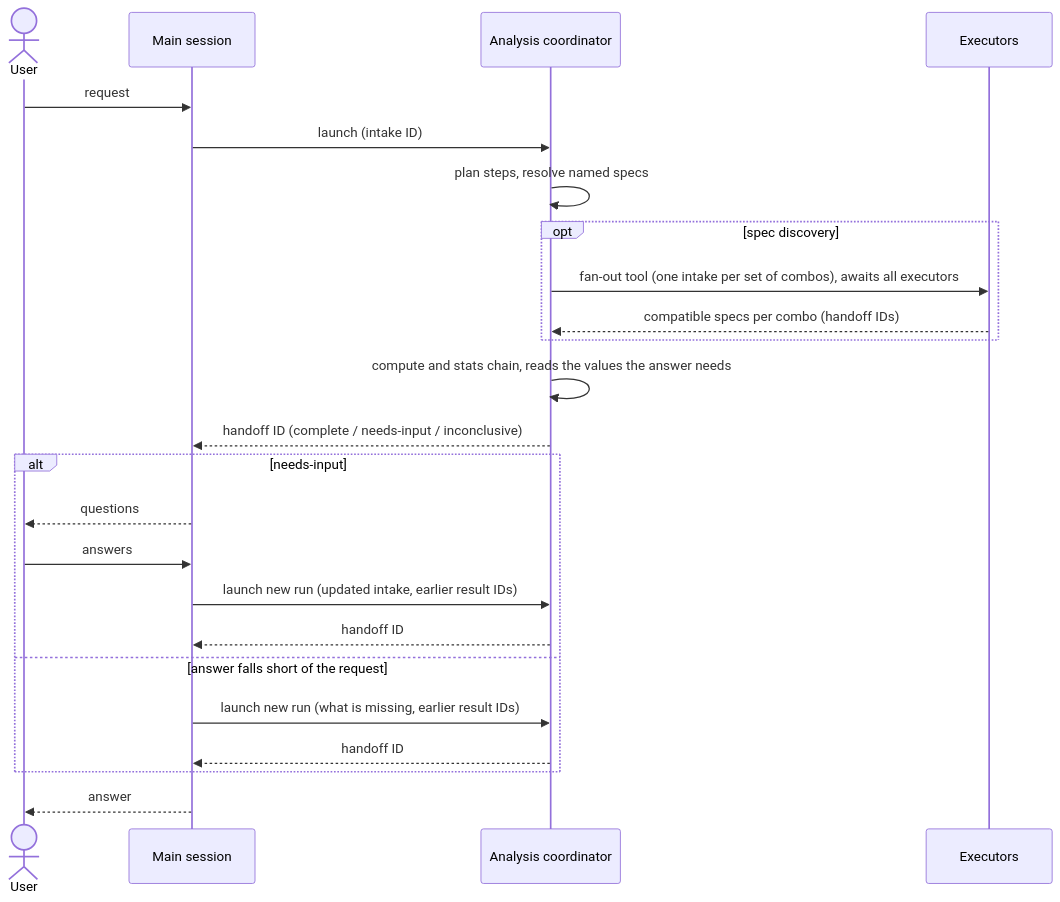
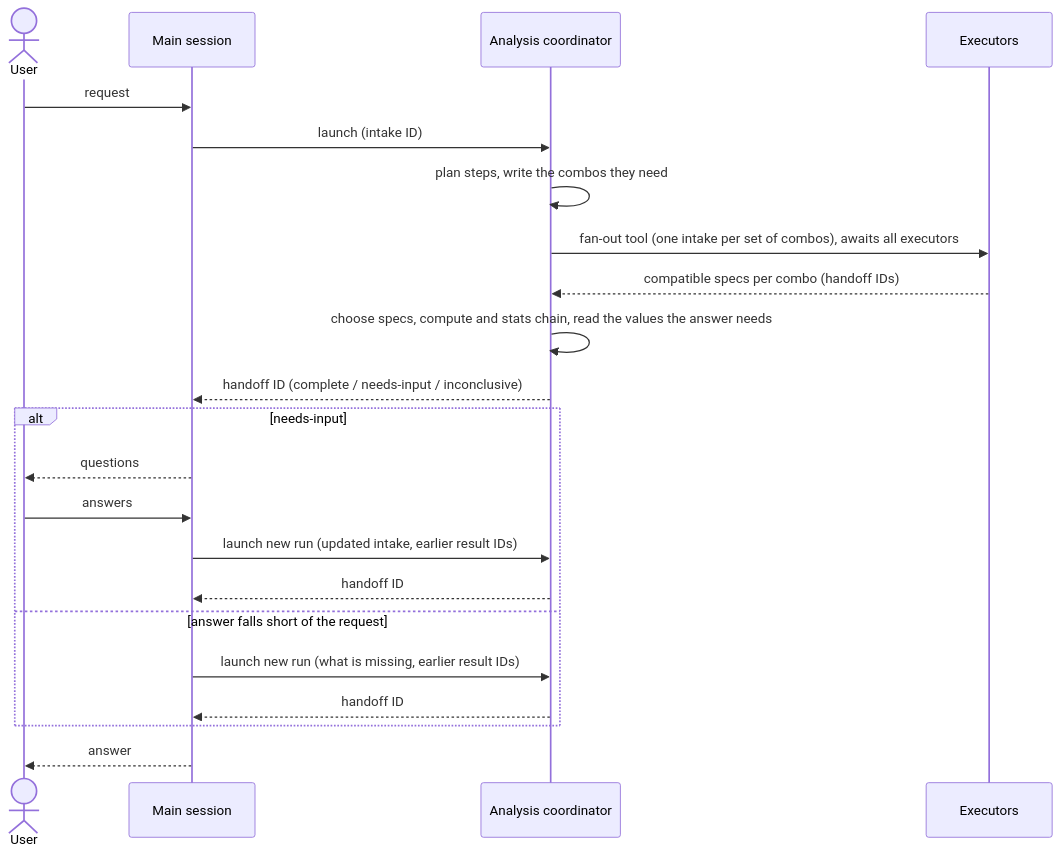
One commit to chaturv3di/aitaem changed the second of 3 diagrams in plans/agent_module/ARCHITECTURE.md. Above: the diagram before and after it, drawn with Mermaid. The commit also changed other lines of this file and 1 other file, not shown here.

Commit message:
docs(plans): rebalance spec discovery and spec design in Plan 42
- Analysis executors discover specs with find_specs (keyword search),
  read_spec, and check_compatibility over candidate lists (core scan()).
  resolve_spec is dropped, and the analysis coordinator finds every spec
  through its executors.
- Spec design runs sample_rows and column_distribution only on tables and
  columns the user names; table research goes through spec executors.
- filter_by_result joins across backends through session.duckdb.
- Architecture: reuse applies to core functionality; user preferences
  dropped from the session state.

````diff
--- a/plans/agent_module/ARCHITECTURE.md
+++ b/plans/agent_module/ARCHITECTURE.md
@@ -284,26 +284,24 @@
 ```mermaid
 sequenceDiagram
     actor U as User
     participant M as Main session
     participant C as Analysis coordinator
     participant E as Executors
     U->>M: request
     M->>C: launch (intake ID)
-    C->>C: plan steps, resolve named specs
-    opt spec discovery
-        C->>E: fan-out tool (one intake per set of combos), awaits all executors
-        E-->>C: compatible specs per combo (handoff IDs)
-    end
-    C->>C: compute and stats chain, reads the values the answer needs
+    C->>C: plan steps, write the combos they need
+    C->>E: fan-out tool (one intake per set of combos), awaits all executors
+    E-->>C: compatible specs per combo (handoff IDs)
+    C->>C: choose specs, compute and stats chain, read the values the answer needs
     C-->>M: handoff ID (complete / needs-input / inconclusive)
     alt needs-input
         M-->>U: questions
         U->>M: answers
         M->>C: launch new run (updated intake, earlier result IDs)
         C-->>M: handoff ID
     else answer falls short of the request
         M->>C: launch new run (what is missing, earlier result IDs)
         C-->>M: handoff ID
     end
     M-->>U: answer
 ```
````
